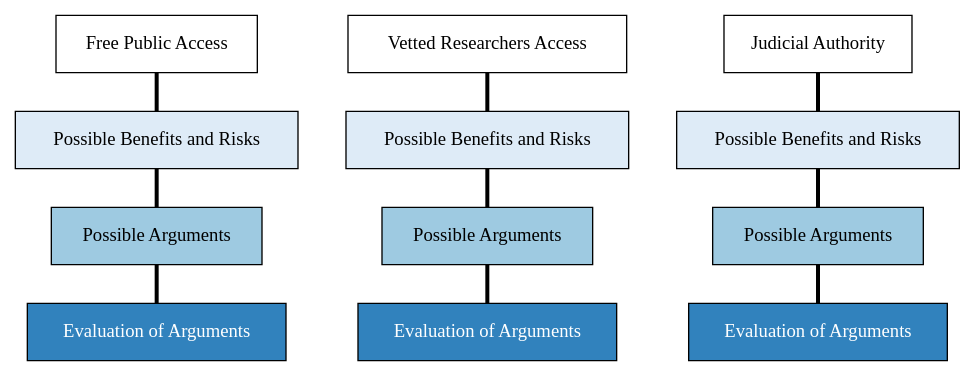
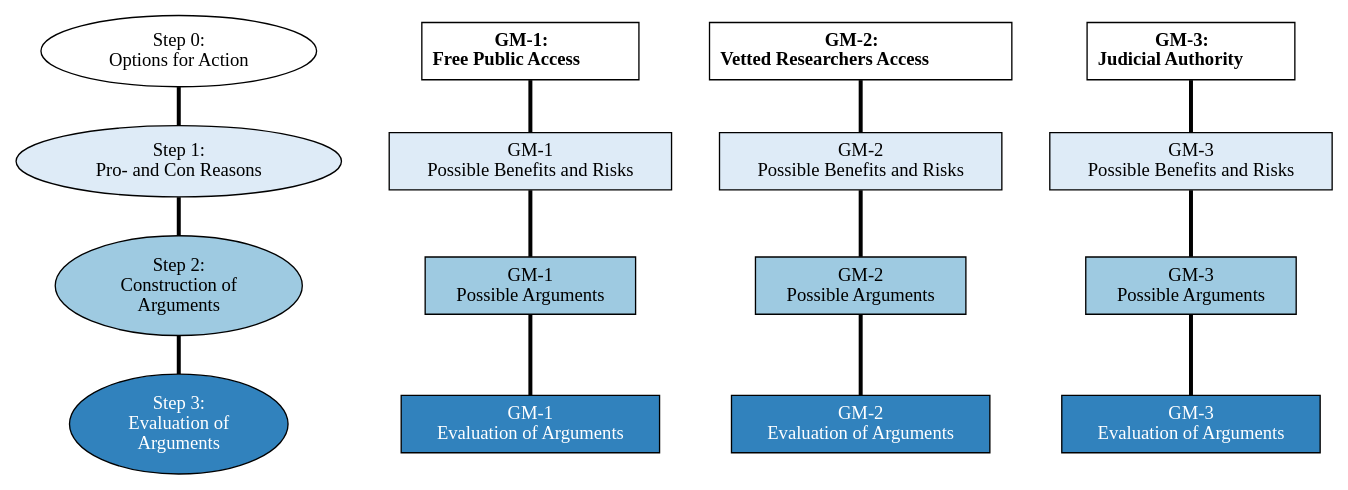
Before and after one commit to JenkaUbuntu/twon-website-mockup.github.io: the diagram in Graphics/TWON-Analysis-Basic-Structure.dot, drawn with Graphviz. The commit also changed 8 other files, not shown here.

```diff
--- a/Graphics/TWON-Analysis-Basic-Structure.dot
+++ b/Graphics/TWON-Analysis-Basic-Structure.dot
@@ -1,135 +1,166 @@
 digraph "Governance Modes for TWON" {
  graph [newrank = true,
 		nodesep = 0.5,
 		ranksep = 0.4,
 		overlap = true,
 		splines = false,]
  node [fixedsize = false,
 		fontsize = 14,
 		height = 1,
 		shape = box,
 		style = "filled,setlinewidth(1)",
 		width = 1]
  edge [arrowhead = none,
 		arrowsize = 1,
 		labelfontname = "Ubuntu",
 		weight = 10,
 		style = "filled,setlinewidth(3)"]
+  subgraph STR {
+  step_0 [
+    label="Step 0: \nOptions for Action",
+    shape=ellipse,
+    fillcolor="white"
+    height=.6
+  ]
+  step_1 [
+   label="Step 1: \nPro- and Con Reasons",
+    shape=ellipse,
+    fillcolor="#deebf7"
+    height=.6
+  ]
+  step_2 [
+   label="Step 2: \nConstruction of \nArguments",
+    shape=ellipse,
+    fillcolor="#9ecae1"
+    height=.6
+  ]
+  step_3 [
+   label="Step 3: \nEvaluation of \nArguments",
+    shape=ellipse,
+    fontcolor=white
+    fillcolor="#3182bd"
+    height=.6
+  ]
+  step_0 -> step_1
+  step_1 -> step_2
+  step_2 -> step_3
+  }
+  
   subgraph GM_1 {
   node [color=black]
   edge [color=black]
   pro_1 [
     href="https://jenkaubuntu.github.io/twon-website-mockup.github.io/TWON-Analysis.html#pro-cons-gm-1-free-public-access",
     fillcolor="#deebf7",
     fixedsize=false,
-    label="Possible Benefits and Risks"
+    label="GM-1 \nPossible Benefits and Risks"
     height=0.6,
     row=func,
     width=1]
   decision_principles_1 [
     URL="https://jenkaubuntu.github.io/twon-website-mockup.github.io/TWON-Analysis.html#arguments-regarding-gm-1-free-public-access",
     fillcolor="#9ecae1",
     fixedsize=false,
-    label="Possible Arguments"
+    label="GM-1 \nPossible Arguments"
     height=0.6,
     row=func,
     width=1]
   arguments_1 [
     URL="",
     fillcolor="#3182bd",
     fixedsize=false,
-    label="Evaluation of Arguments"
+    label="GM-1 \nEvaluation of Arguments"
     fontcolor=white,
     height=0.6,
     row=func,
     width=1
   ]
   pro_1 -> decision_principles_1
   decision_principles_1 -> arguments_1
  }
    subgraph GM_2 {
   node [color=black]
   edge [color=black]
   pro_2 [
     URL="https://jenkaubuntu.github.io/twon-website-mockup.github.io/TWON-Analysis.html#pro-cons-gm-2-vetted-researchers-access",
     fillcolor="#deebf7",
     fixedsize=false,
-    label="Possible Benefits and Risks"
+    label="GM-2 \nPossible Benefits and Risks"
     height=0.6,
     row=func,
     width=1]
   decision_principles_2 [
     URL="https://jenkaubuntu.github.io/twon-website-mockup.github.io/TWON-Analysis.html#arguments-regarding-gm-2-vetted-researchers-only",
     fillcolor="#9ecae1",
     fixedsize=false,
-    label="Possible Arguments"
+    label="GM-2 \nPossible Arguments"
     height=0.6,
     row=func,
     width=1]
   arguments_2 [
     URL="",
     fillcolor="#3182bd",
     fixedsize=false,
-    label="Evaluation of Arguments"
+    label="GM-2 \nEvaluation of Arguments"
     fontcolor=white,
     height=0.6,
     row=func,
     width=1
   ]
   pro_2 -> decision_principles_2
   decision_principles_2 -> arguments_2
  }
  subgraph GM_3 {
   node [color=black]
   edge [color=black]
   pro_3 [
     URL="https://jenkaubuntu.github.io/twon-website-mockup.github.io/TWON-Analysis.html#pro-cons-gm-3-access-by-judicial-authority",
     fillcolor="#deebf7",
     fixedsize=false,
-    label="Possible Benefits and Risks",
+    label="GM-3 \nPossible Benefits and Risks",
     height=0.6,
     row=func,
     width=1]
   decision_principles_3 [
     URL="https://jenkaubuntu.github.io/twon-website-mockup.github.io/TWON-Analysis.html#arguments-regarding-gm-3-on-behalf-of-judicial-authority-only",
     fillcolor="#9ecae1",
     fixedsize=false,
-    label="Possible Arguments",
+    label="GM-3 \nPossible Arguments",
     height=0.6,
     row=func,
     width=1]
   arguments_3 [
     URL="",
     fillcolor="#3182bd",
     fixedsize=false,
-    label="Evaluation of Arguments",
+    label="GM-3 \nEvaluation of Arguments",
     fontcolor=white,
     height=0.6,
     row=func,
     width=1
   ]
   pro_3 -> decision_principles_3
   decision_principles_3 -> arguments_3
  }
  Label_1 [
-  label="Free Public Access",
+  label=<<b>GM-1: <br/>Free Public Access</b>>,
   URL="https://jenkaubuntu.github.io/twon-website-mockup.github.io/TWON-Analysis.html#gm-1-free-public-access",
   fillcolor="white",
   width=1
   height=.6]
  Label_2 [
-  label="Vetted Researchers Access",
-  URL="https://jenkaubuntu.github.io/twon-website-mockup.github.io/TWON-Analysis.html#gm-2-vetted-researchers-only",
+  label=<<b>GM-2: <br/>Vetted Researchers Access</b>>,
+  URL="https://jenkaubuntu.github.io/twon-website-mockup.github.io/TWON-Analysis.html#gm-2-researchers-access-only",
   fillcolor="white",
   width=1
   height=.6]
  Label_3 [
-  label="Judicial Authority",
+  label=<<b>GM-3: <br/>Judicial Authority</b>>,
   URL="https://jenkaubuntu.github.io/twon-website-mockup.github.io/TWON-Analysis.html#gm-3-judicial-authority",
   fillcolor="white",
   width=1
   height=.6]
  Label_1 -> pro_1
  Label_2 -> pro_2
  Label_3 -> pro_3
 }
```
